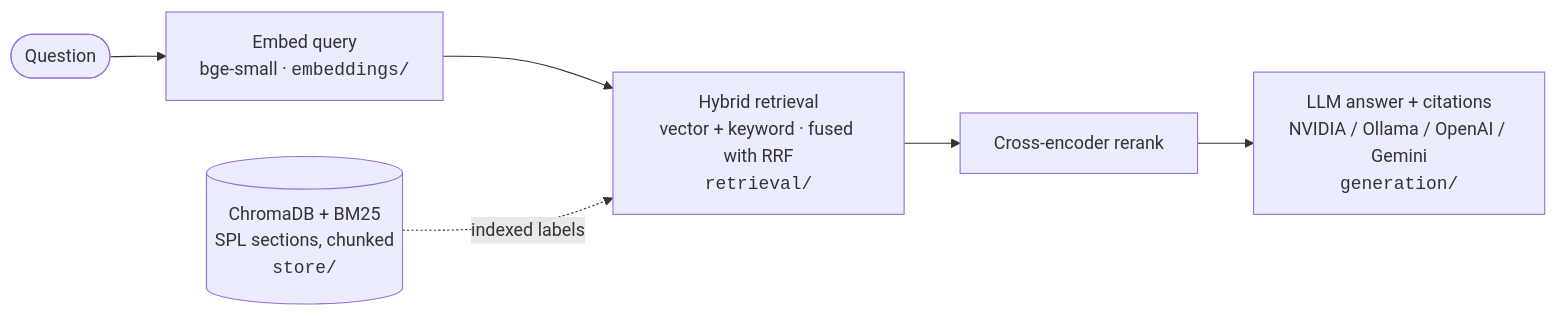
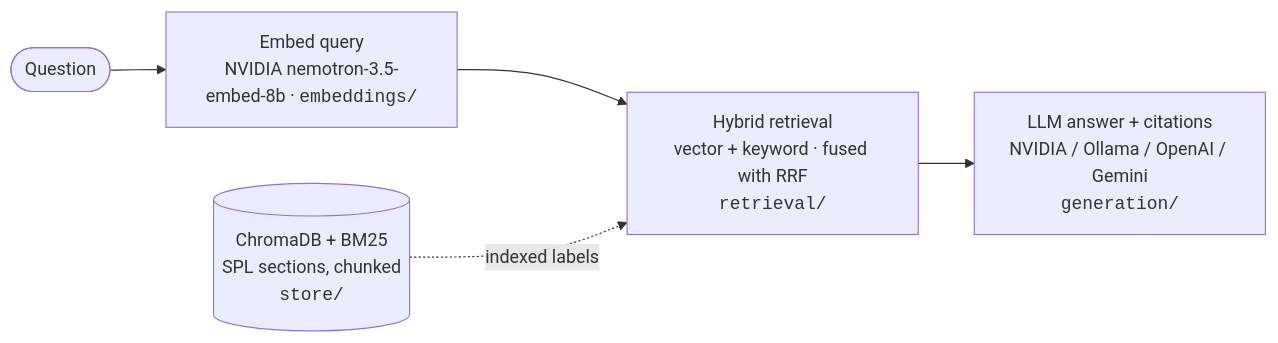
Before and after one commit to OsamaZaidi75/pharma-rag: the diagram in README.md, drawn with Mermaid. The commit also changed other lines of this file and 20 other files, not shown here.

First line of the commit message:
Optimize: NVIDIA API embeddings, Qdrant backend (Chroma fallback), no torch

````diff
--- a/README.md
+++ b/README.md
@@ -9,8 +9,7 @@
 ```mermaid
 flowchart LR
-    Q([Question]) --> E[Embed query<br/>bge-small · <code>embeddings/</code>]
+    Q([Question]) --> E[Embed query<br/>NVIDIA nemotron-3.5-embed-8b · <code>embeddings/</code>]
     E --> H[Hybrid retrieval<br/>vector + keyword · fused with RRF<br/><code>retrieval/</code>]
-    H --> R[Cross-encoder rerank]
-    R --> A[LLM answer + citations<br/>NVIDIA / Ollama / OpenAI / Gemini<br/><code>generation/</code>]
+    H --> A[LLM answer + citations<br/>NVIDIA / Ollama / OpenAI / Gemini<br/><code>generation/</code>]
     IDX[(ChromaDB + BM25<br/>SPL sections, chunked<br/><code>store/</code>)] -. indexed labels .-> H
 ```
````
